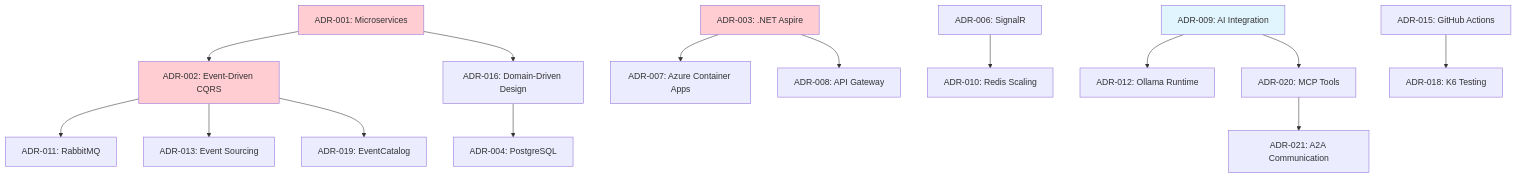
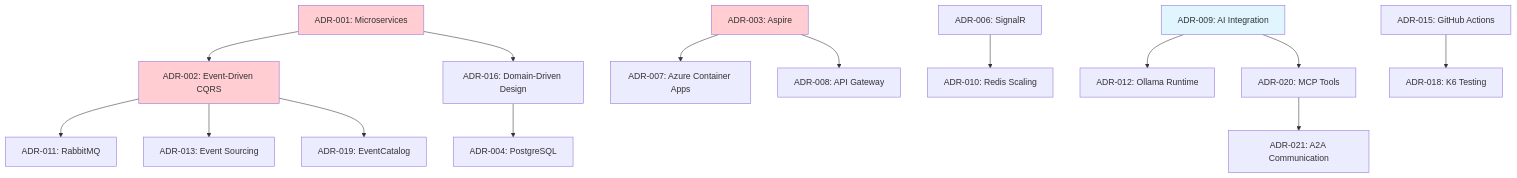
The third of 3 diagrams in docs/docusaurus/docs/09-architecture-decisions/overview.mdx (foxminchan/BookWorm), drawn with Mermaid before and after one commit. The commit also changed other lines of this file and 50 other files, not shown here.

````diff
--- a/docs/docusaurus/docs/09-architecture-decisions/overview.mdx
+++ b/docs/docusaurus/docs/09-architecture-decisions/overview.mdx
@@ -155,25 +155,25 @@
 ```mermaid
 graph TD
     A[ADR-001: Microservices] --> B[ADR-002: Event-Driven CQRS]
     A --> C[ADR-016: Domain-Driven Design]
     B --> D[ADR-011: RabbitMQ]
     B --> E[ADR-013: Event Sourcing]
     C --> F[ADR-004: PostgreSQL]
 
-    G[ADR-003: .NET Aspire] --> H[ADR-007: Azure Container Apps]
+    G[ADR-003: Aspire] --> H[ADR-007: Azure Container Apps]
     G --> I[ADR-008: API Gateway]
 
     J[ADR-006: SignalR] --> K[ADR-010: Redis Scaling]
 
     L[ADR-009: AI Integration] --> M[ADR-012: Ollama Runtime]
     L --> N[ADR-020: MCP Tools]
     N --> O[ADR-021: A2A Communication]
 
     P[ADR-015: GitHub Actions] --> Q[ADR-018: K6 Testing]
     B --> R[ADR-019: EventCatalog]
 
     style A fill:#ffcdd2
     style B fill:#ffcdd2
     style G fill:#ffcdd2
     style L fill:#e1f5fe
 ```
````
